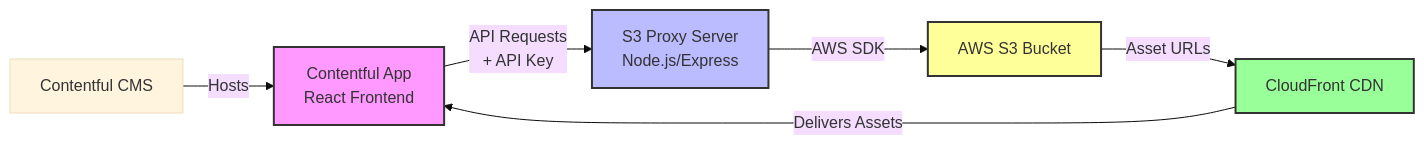
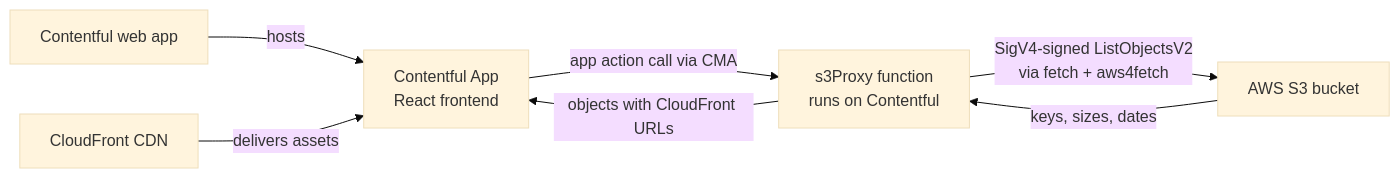
One commit to shanonplace/contentful-s3-app changed the diagram in README.md. Above: the diagram before and after it, drawn with Mermaid (base theme). The commit also changed other lines of this file and 7 other files, not shown here.

````diff
--- a/README.md
+++ b/README.md
@@ -9,13 +11,9 @@
 ```mermaid
 graph LR
-    A[Contentful CMS] -->|Hosts| B[Contentful App<br/>React Frontend]
-    B -->|API Requests<br/>+ API Key| C[S3 Proxy Server<br/>Node.js/Express]
-    C -->|AWS SDK| D[AWS S3 Bucket]
-    D -->|Asset URLs| E[CloudFront CDN]
-    E -->|Delivers Assets| B
-
-    style B fill:#f9f,stroke:#333,stroke-width:2px
-    style C fill:#bbf,stroke:#333,stroke-width:2px
-    style D fill:#ff9,stroke:#333,stroke-width:2px
-    style E fill:#9f9,stroke:#333,stroke-width:2px
+    A[Contentful web app] -->|hosts| B[Contentful App<br/>React frontend]
+    B -->|app action call via CMA| C[s3Proxy function<br/>runs on Contentful]
+    C -->|SigV4-signed ListObjectsV2<br/>via fetch + aws4fetch| D[AWS S3 bucket]
+    D -->|keys, sizes, dates| C
+    C -->|objects with CloudFront URLs| B
+    E[CloudFront CDN] -->|delivers assets| B
 ```
````
